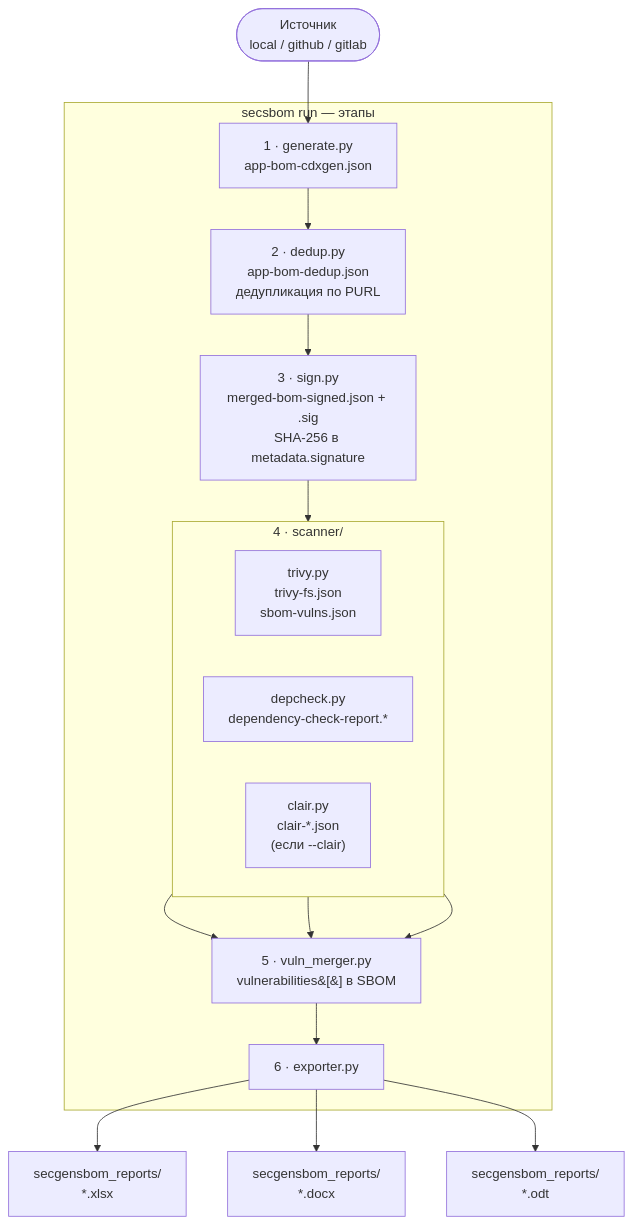
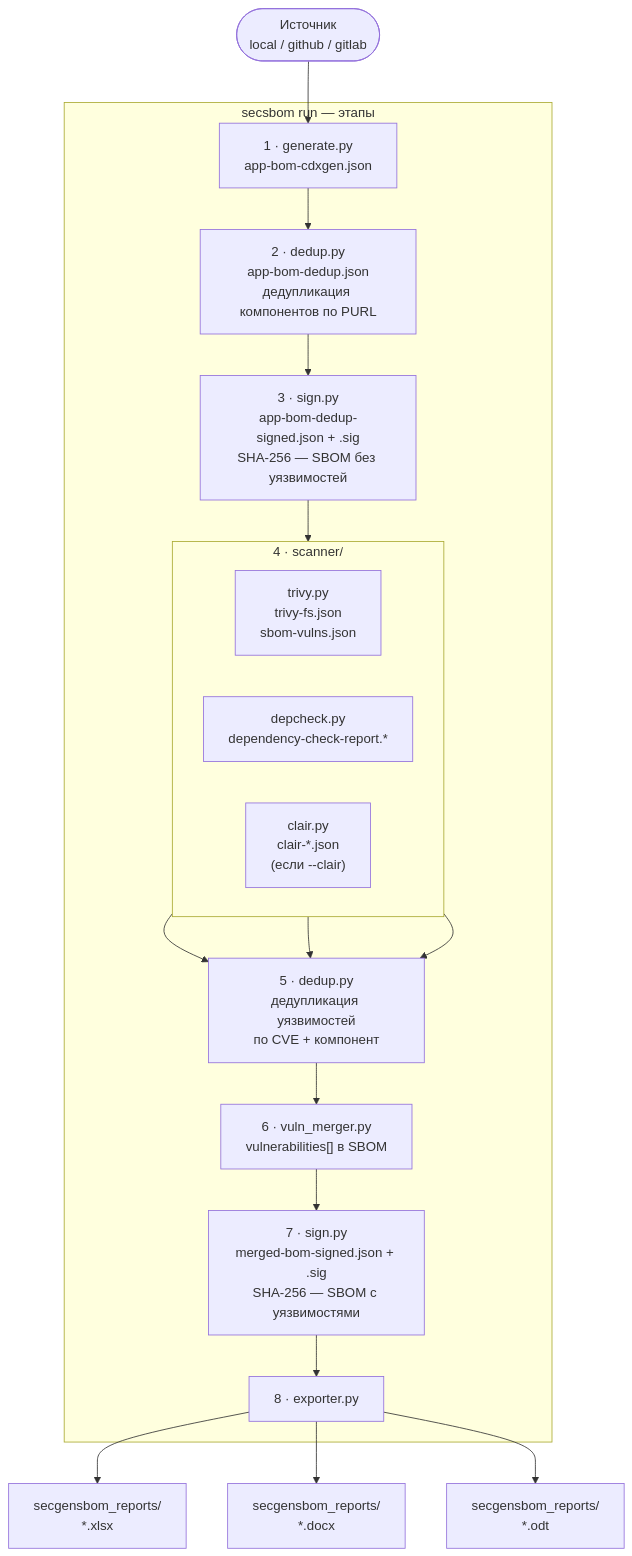
The diagram in README.md (overr4m/sbom_genform), drawn with Mermaid before and after one commit. The commit also changed other lines of this file and 9 other files, not shown here.

````diff
--- a/README.md
+++ b/README.md
@@ -235,25 +238,27 @@
 ```mermaid
 flowchart TD
     IN(["Источник\nlocal / github / gitlab"]) --> GEN
 
     subgraph pipeline["secsbom run — этапы"]
         GEN["1 · generate.py\napp-bom-cdxgen.json"]
-        GEN --> DEDUP["2 · dedup.py\napp-bom-dedup.json\nдедупликация по PURL"]
-        DEDUP --> SIGN["3 · sign.py\nmerged-bom-signed.json + .sig\nSHA-256 в metadata.signature"]
-        SIGN --> SCAN
+        GEN --> DEDUP["2 · dedup.py\napp-bom-dedup.json\nдедупликация компонентов по PURL"]
+        DEDUP --> SIGN1["3 · sign.py\napp-bom-dedup-signed.json + .sig\nSHA-256 — SBOM без уязвимостей"]
+        SIGN1 --> SCAN
 
         subgraph SCAN["4 · scanner/"]
             direction LR
             TRIVY["trivy.py\ntrivy-fs.json\nsbom-vulns.json"]
             DEPCHECK["depcheck.py\ndependency-check-report.*"]
             CLAIR["clair.py\nclair-*.json\n(если --clair)"]
         end
 
-        TRIVY & DEPCHECK & CLAIR --> MERGE["5 · vuln_merger.py\nvulnerabilities&#91;&#93; в SBOM"]
-        MERGE --> EXPORT["6 · exporter.py"]
+        TRIVY & DEPCHECK & CLAIR --> DDUP2["5 · dedup.py\nдедупликация уязвимостей\nпо CVE + компонент"]
+        DDUP2 --> MERGE["6 · vuln_merger.py\nvulnerabilities[] в SBOM"]
+        MERGE --> SIGN2["7 · sign.py\nmerged-bom-signed.json + .sig\nSHA-256 — SBOM с уязвимостями"]
+        SIGN2 --> EXPORT["8 · exporter.py"]
     end
 
     EXPORT --> XLSX["secgensbom_reports/\n*.xlsx"]
     EXPORT --> DOCX["secgensbom_reports/\n*.docx"]
     EXPORT --> ODT["secgensbom_reports/\n*.odt"]
 ```
````
